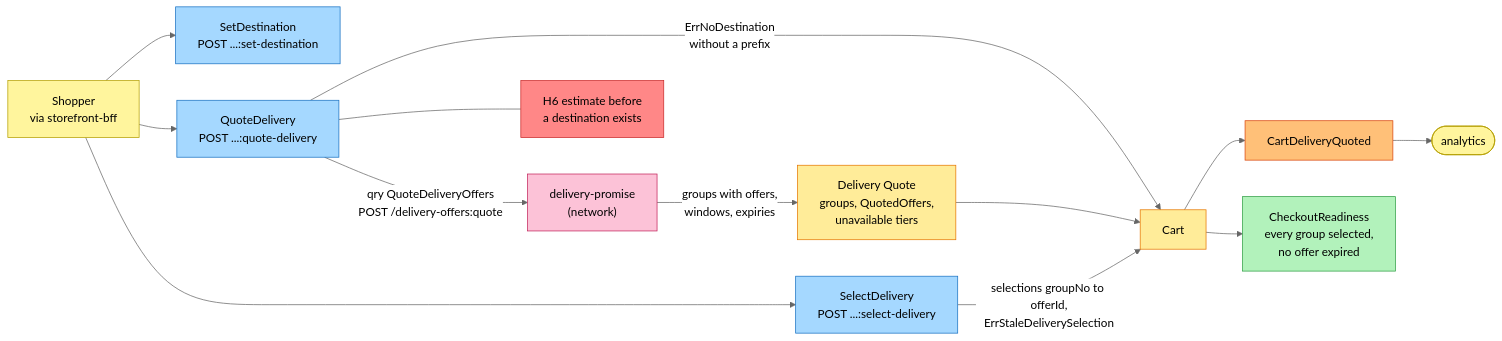
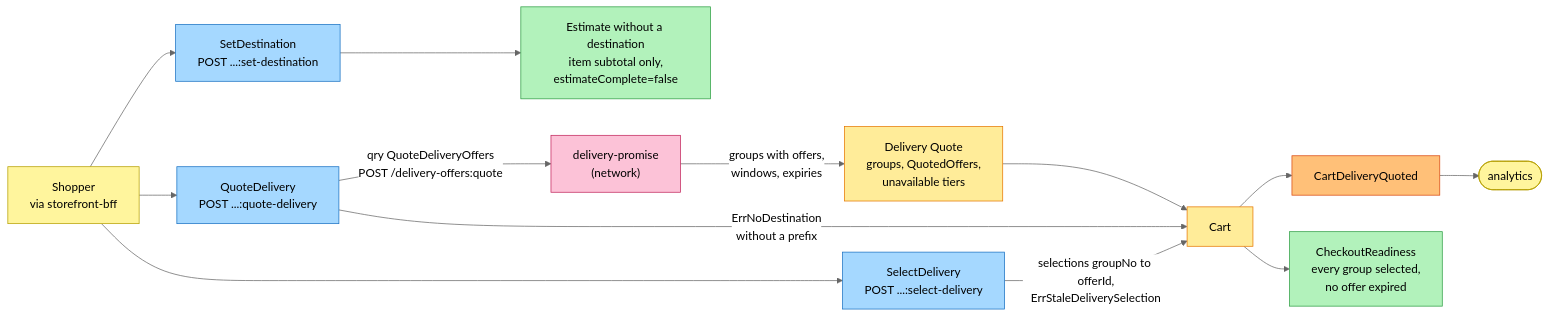
Before and after one commit to IQVO/warehouse-docs: the second of 4 diagrams in storefront/docs/contexts/shopping-cart/eventstorming.md, drawn with Mermaid (neutral theme). The commit also changed other lines of this file and 16 other files, not shown here.

````diff
--- a/storefront/docs/contexts/shopping-cart/eventstorming.md
+++ b/storefront/docs/contexts/shopping-cart/eventstorming.md
@@ -91,35 +94,34 @@
 ```mermaid
 flowchart LR
     S["Shopper<br/>via storefront-bff"]:::actor
     C5["SetDestination<br/>POST ...:set-destination"]:::command
     C6["QuoteDelivery<br/>POST ...:quote-delivery"]:::command
     C7["SelectDelivery<br/>POST ...:select-delivery"]:::command
     DP["delivery-promise<br/>(network)"]:::external
     Q["Delivery Quote<br/>groups, QuotedOffers,<br/>unavailable tiers"]:::aggregate
     G1["Cart"]:::aggregate
     E2["CartDeliveryQuoted"]:::event
     RM1["CheckoutReadiness<br/>every group selected,<br/>no offer expired"]:::readmodel
     AN(["analytics"]):::actor
-    H6["H6 estimate before<br/>a destination exists"]:::hotspot
+    ES["Estimate without a destination<br/>item subtotal only,<br/>estimateComplete=false"]:::readmodel
 
     S --> C5
     S --> C6
     S --> C7
     C6 -->|qry QuoteDeliveryOffers<br/>POST /delivery-offers:quote| DP
     DP -->|groups with offers,<br/>windows, expiries| Q
     C6 -->|ErrNoDestination<br/>without a prefix| G1
     Q --> G1
     C7 -->|selections groupNo to offerId,<br/>ErrStaleDeliverySelection| G1
     G1 --> E2
     E2 --> AN
     G1 --> RM1
-    C6 --- H6
+    C5 --> ES
 
     classDef actor fill:#fff59d,stroke:#b59f00,color:#000
     classDef command fill:#a5d8ff,stroke:#1971c2,color:#000
     classDef aggregate fill:#ffec99,stroke:#e67700,color:#000
     classDef event fill:#ffc078,stroke:#d9480f,color:#000
     classDef readmodel fill:#b2f2bb,stroke:#2f9e44,color:#000
     classDef external fill:#fcc2d7,stroke:#c2255c,color:#000
-    classDef hotspot fill:#ff8787,stroke:#c92a2a,color:#000
 ```
````
